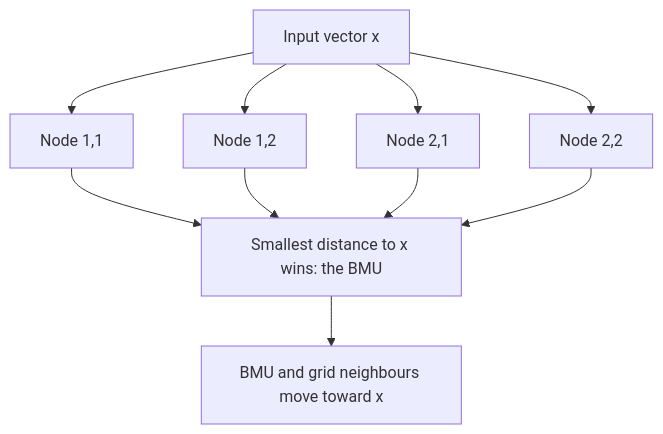
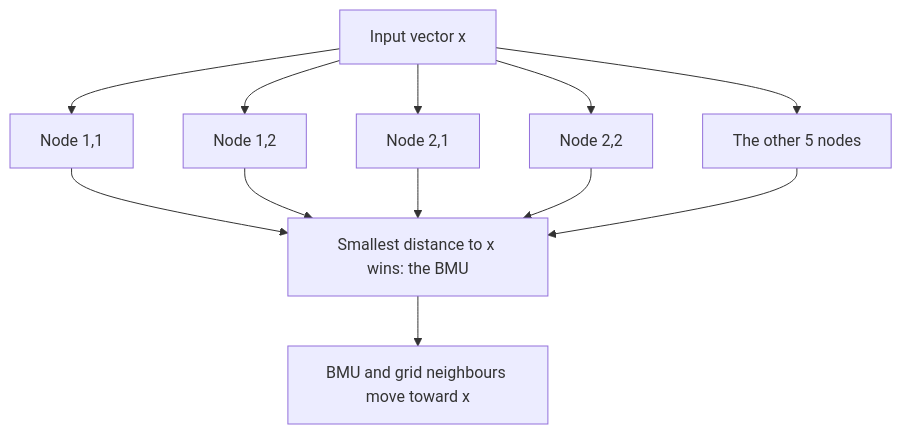
Before and after one commit to lubdhak7414/lubdhak7414.github.io: the diagram in src/content/post/cse425-final-kohonen-som/index.md, drawn with Mermaid. The commit also changed other lines of this file and 31 other files, not shown here.

````diff
--- a/src/content/post/cse425-final-kohonen-som/index.md
+++ b/src/content/post/cse425-final-kohonen-som/index.md
@@ -23,12 +29,14 @@
 ```mermaid
 flowchart TD
     X["Input vector x"] --> N1["Node 1,1"]
     X --> N2["Node 1,2"]
     X --> N3["Node 2,1"]
     X --> N4["Node 2,2"]
+    X --> N5["The other 5 nodes"]
     N1 --> W["Smallest distance to x wins: the BMU"]
     N2 --> W
     N3 --> W
     N4 --> W
+    N5 --> W
     W --> U["BMU and grid neighbours move toward x"]
 ```
````
